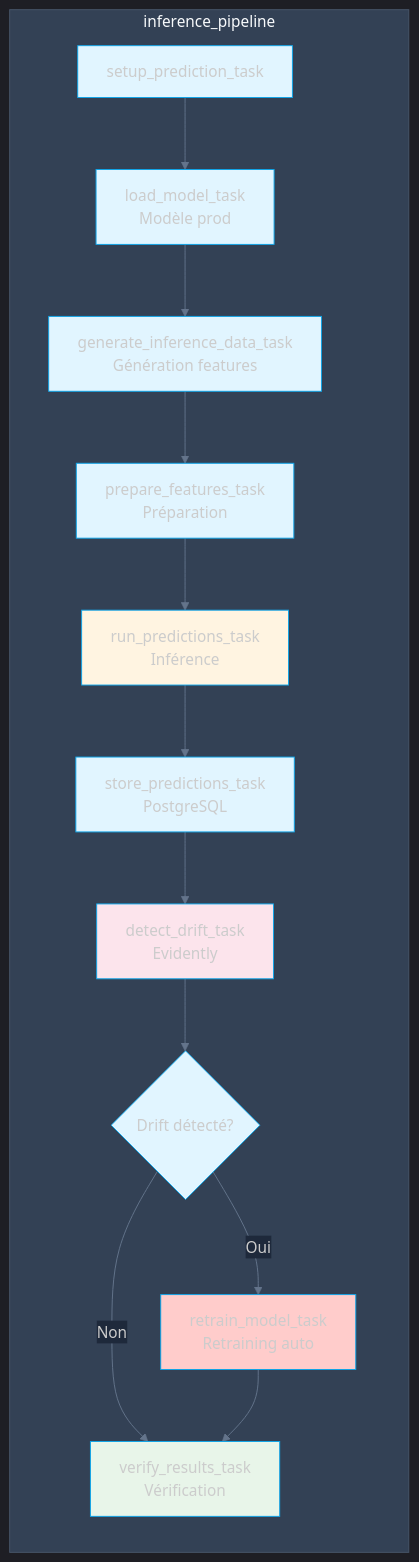
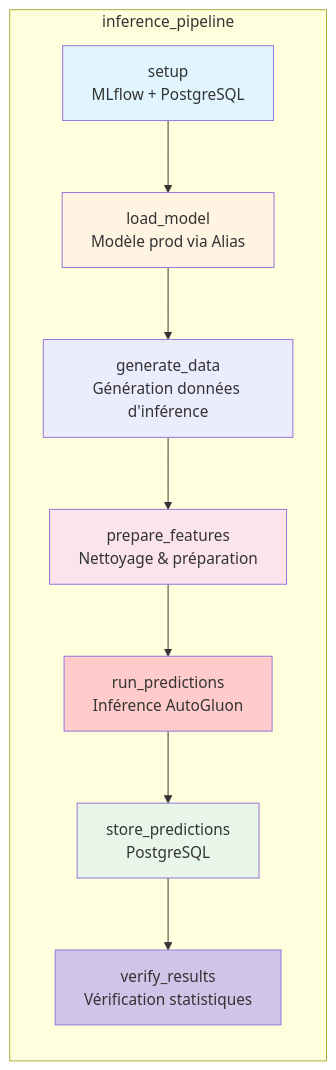
One commit to jinsudai/jinsudai changed the diagram in Services/docsify/docs/pipeline-inference.md. Above: the diagram before and after it, drawn with Mermaid. The commit also changed other lines of this file and 19 other files, not shown here.

````diff
--- a/Services/docsify/docs/pipeline-inference.md
+++ b/Services/docsify/docs/pipeline-inference.md
@@ -9,22 +9,18 @@
 ```mermaid
-%%{init: {'theme': 'dark', 'themeVariables': {'primaryColor': '#e1f5ff', 'primaryTextColor': '#1e293b', 'primaryBorderColor': '#0ea5e9', 'lineColor': '#64748b', 'secondaryColor': '#fff4e1', 'tertiaryColor': '#fce4ec', 'background': '#1e293b', 'mainBkg': '#e1f5ff', 'nodeBorder': '#0ea5e9', 'clusterBkg': '#334155', 'clusterBorder': '#475569', 'titleColor': '#f8fafc', 'edgeLabelBackground': '#1e293b'}}}%%
 graph LR
     subgraph "inference_pipeline"
-        A[setup_prediction_task] --> B[load_model_task<br/>Modèle prod]
-        B --> C[generate_inference_data_task<br/>Génération features]
-        C --> D[prepare_features_task<br/>Préparation]
-        D --> E[run_predictions_task<br/>Inférence]
-        E --> F[store_predictions_task<br/>PostgreSQL]
-        F --> G[detect_drift_task<br/>Evidently]
-        G --> H{Drift détecté?}
-        H -->|Oui| I[retrain_model_task<br/>Retraining auto]
-        H -->|Non| J[verify_results_task<br/>Vérification]
-        I --> J
+        A[setup<br/>MLflow + PostgreSQL] --> B[load_model<br/>Modèle prod via Alias]
+        B --> C[generate_data<br/>Génération données d'inférence]
+        C --> D[prepare_features<br/>Nettoyage & préparation]
+        D --> E[run_predictions<br/>Inférence AutoGluon]
+        E --> F[store_predictions<br/>PostgreSQL]
+        F --> G[verify_results<br/>Vérification statistiques]
     end
 
     style A fill:#e1f5ff
-    style E fill:#fff4e1
-    style G fill:#fce4ec
-    style I fill:#ffcccb
-    style J fill:#e8f5e9
+    style B fill:#fff4e1
+    style D fill:#fce4ec
+    style E fill:#ffcccb
+    style F fill:#e8f5e9
+    style G fill:#d1c4e9
 ```
````
